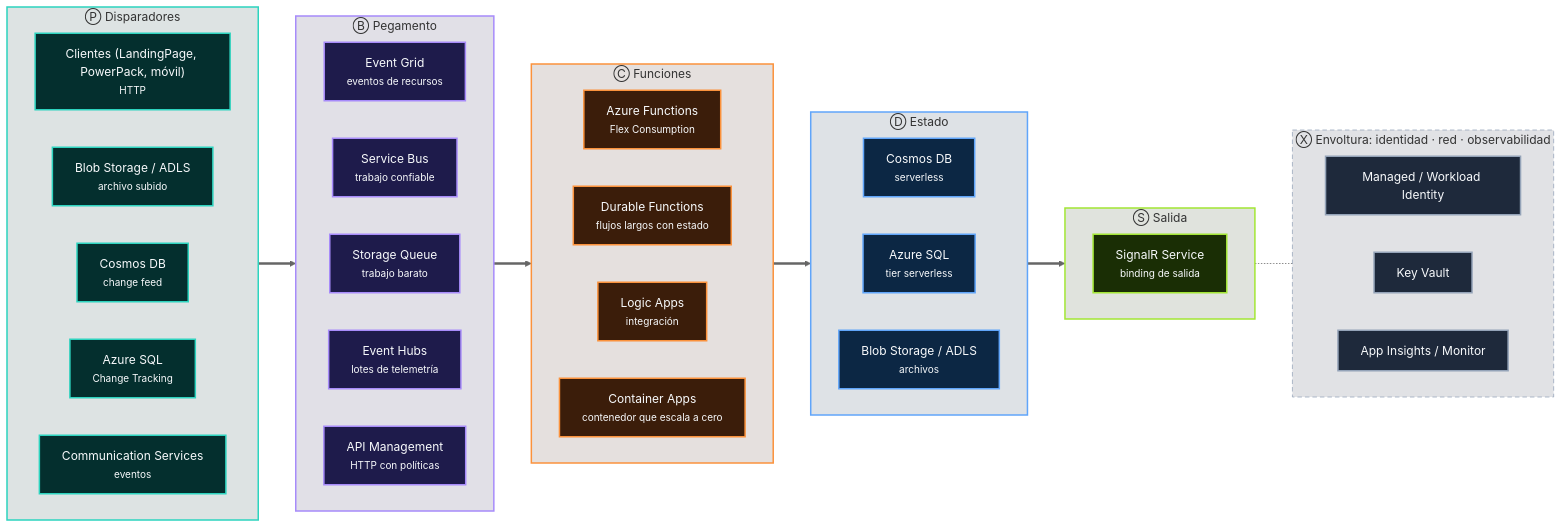
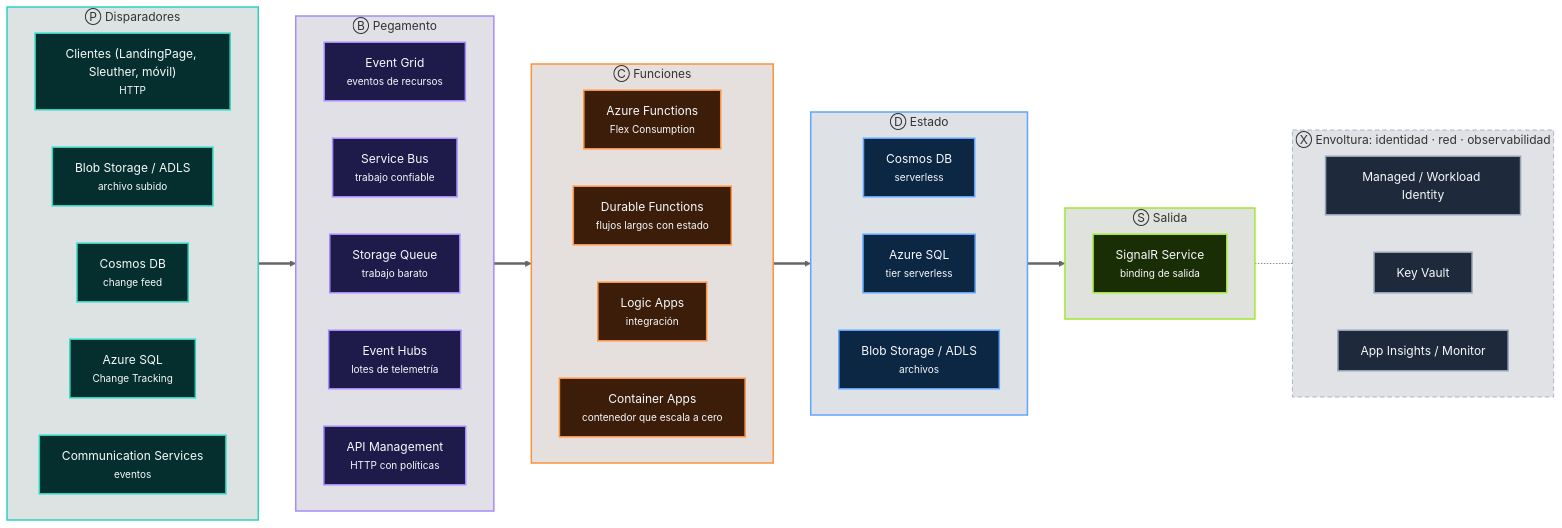
Before and after one commit to CristianSifuentes/QuickTheoryNET: the fifth of 13 diagrams in docs/11-trece-arquitecturas-como-frases.md, drawn with Mermaid (neutral theme). The commit also changed other lines of this file and 17 other files, not shown here.

First line of the commit message:
Rename the PowerPack project to Sleuther

````diff
--- a/docs/11-trece-arquitecturas-como-frases.md
+++ b/docs/11-trece-arquitecturas-como-frases.md
@@ -436,59 +436,59 @@
 ```mermaid
 flowchart LR
     subgraph L0["Ⓟ Disparadores"]
         direction LR
-        L0_0["Clientes (LandingPage, PowerPack, móvil)<br/><small>HTTP</small>"]:::P
+        L0_0["Clientes (LandingPage, Sleuther, móvil)<br/><small>HTTP</small>"]:::P
         L0_1["Blob Storage / ADLS<br/><small>archivo subido</small>"]:::P
         L0_2["Cosmos DB<br/><small>change feed</small>"]:::P
         L0_3["Azure SQL<br/><small>Change Tracking</small>"]:::P
         L0_4["Communication Services<br/><small>eventos</small>"]:::P
     end
     style L0 fill:#042F2E22,stroke:#2DD4BF,stroke-width:2px
     subgraph L1["Ⓑ Pegamento"]
         direction LR
         L1_0["Event Grid<br/><small>eventos de recursos</small>"]:::B
         L1_1["Service Bus<br/><small>trabajo confiable</small>"]:::B
         L1_2["Storage Queue<br/><small>trabajo barato</small>"]:::B
         L1_3["Event Hubs<br/><small>lotes de telemetría</small>"]:::B
         L1_4["API Management<br/><small>HTTP con políticas</small>"]:::B
     end
     style L1 fill:#1E1B4B22,stroke:#A78BFA,stroke-width:2px
     subgraph L2["Ⓒ Funciones"]
         direction LR
         L2_0["Azure Functions<br/><small>Flex Consumption</small>"]:::C
         L2_1["Durable Functions<br/><small>flujos largos con estado</small>"]:::C
         L2_2["Logic Apps<br/><small>integración</small>"]:::C
         L2_3["Container Apps<br/><small>contenedor que escala a cero</small>"]:::C
     end
     style L2 fill:#3B1D0A22,stroke:#FB923C,stroke-width:2px
     subgraph L3["Ⓓ Estado"]
         direction LR
         L3_0["Cosmos DB<br/><small>serverless</small>"]:::D
         L3_1["Azure SQL<br/><small>tier serverless</small>"]:::D
         L3_2["Blob Storage / ADLS<br/><small>archivos</small>"]:::D
     end
     style L3 fill:#0C274422,stroke:#60A5FA,stroke-width:2px
     subgraph L4["Ⓢ Salida"]
         direction LR
         L4_0["SignalR Service<br/><small>binding de salida</small>"]:::S
     end
     style L4 fill:#1A2E0522,stroke:#A3E635,stroke-width:2px
     L0 ==> L1
     L1 ==> L2
     L2 ==> L3
     L3 ==> L4
     subgraph XX["Ⓧ Envoltura: identidad · red · observabilidad"]
         direction LR
         X0["Managed / Workload Identity"]:::X
         X1["Key Vault"]:::X
         X2["App Insights / Monitor"]:::X
     end
     style XX fill:#1E293B22,stroke:#94A3B8,stroke-dasharray:6 4
     L4 -.- XX
     classDef P fill:#042F2E,stroke:#2DD4BF,color:#F8FAFC,stroke-width:2px
     classDef B fill:#1E1B4B,stroke:#A78BFA,color:#F8FAFC,stroke-width:2px
     classDef C fill:#3B1D0A,stroke:#FB923C,color:#F8FAFC,stroke-width:2px
     classDef D fill:#0C2744,stroke:#60A5FA,color:#F8FAFC,stroke-width:2px
     classDef S fill:#1A2E05,stroke:#A3E635,color:#F8FAFC,stroke-width:2px
     classDef X fill:#1E293B,stroke:#94A3B8,color:#F8FAFC,stroke-width:2px
 ```
````
